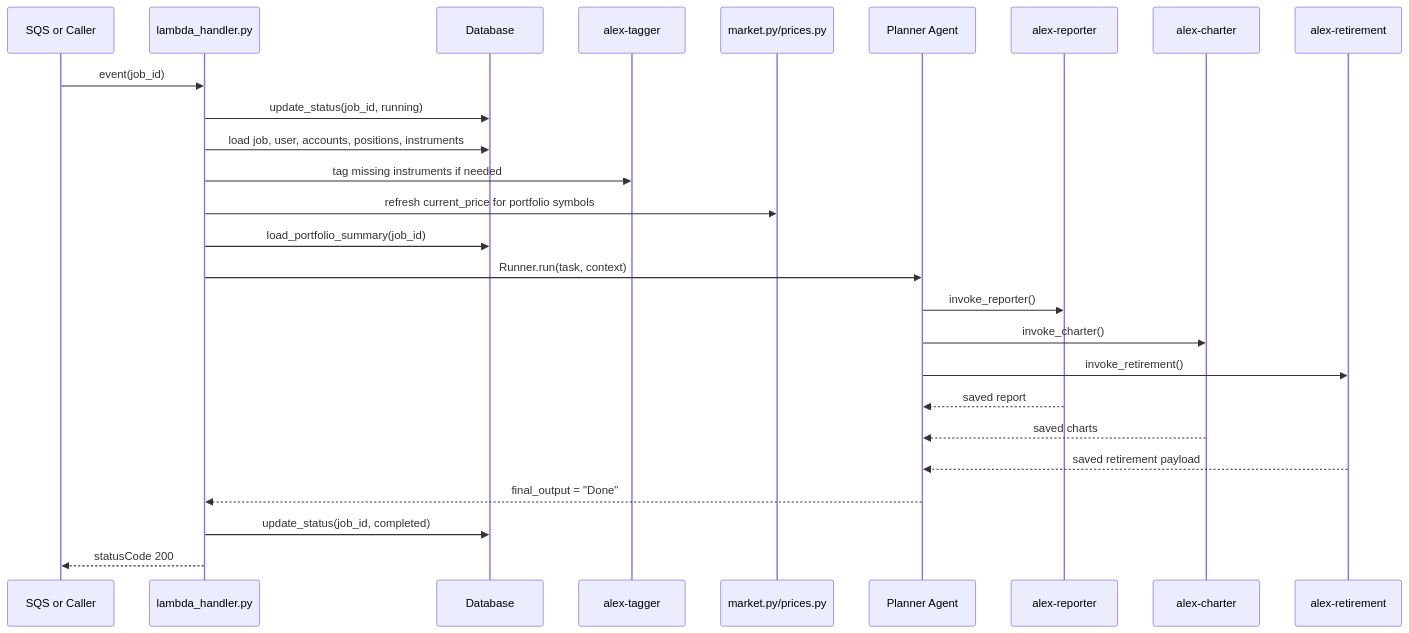
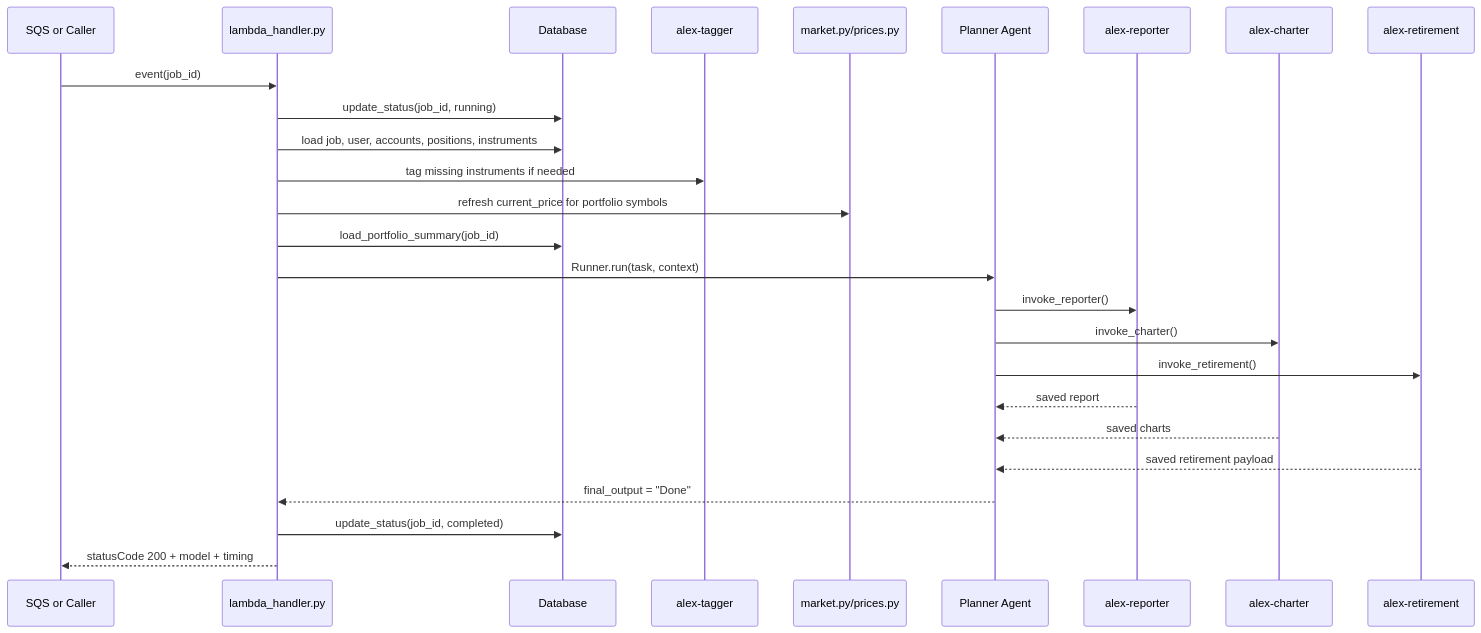
The second of 3 diagrams in backend/planner/README.md (Sunny-sunnyy/alex), drawn with Mermaid before and after one commit. The commit also changed other lines of this file and 43 other files, not shown here.

````diff
--- a/backend/planner/README.md
+++ b/backend/planner/README.md
@@ -86,29 +86,29 @@
 ```mermaid
 sequenceDiagram
     participant S as SQS or Caller
     participant L as lambda_handler.py
     participant D as Database
     participant T as alex-tagger
     participant P as market.py/prices.py
     participant A as Planner Agent
     participant R as alex-reporter
     participant C as alex-charter
     participant RT as alex-retirement
 
     S->>L: event(job_id)
     L->>D: update_status(job_id, running)
     L->>D: load job, user, accounts, positions, instruments
     L->>T: tag missing instruments if needed
     L->>P: refresh current_price for portfolio symbols
     L->>D: load_portfolio_summary(job_id)
     L->>A: Runner.run(task, context)
     A->>R: invoke_reporter()
     A->>C: invoke_charter()
     A->>RT: invoke_retirement()
     R-->>A: saved report
     C-->>A: saved charts
     RT-->>A: saved retirement payload
     A-->>L: final_output = "Done"
     L->>D: update_status(job_id, completed)
-    L-->>S: statusCode 200
+    L-->>S: statusCode 200 + model + timing
 ```
````
